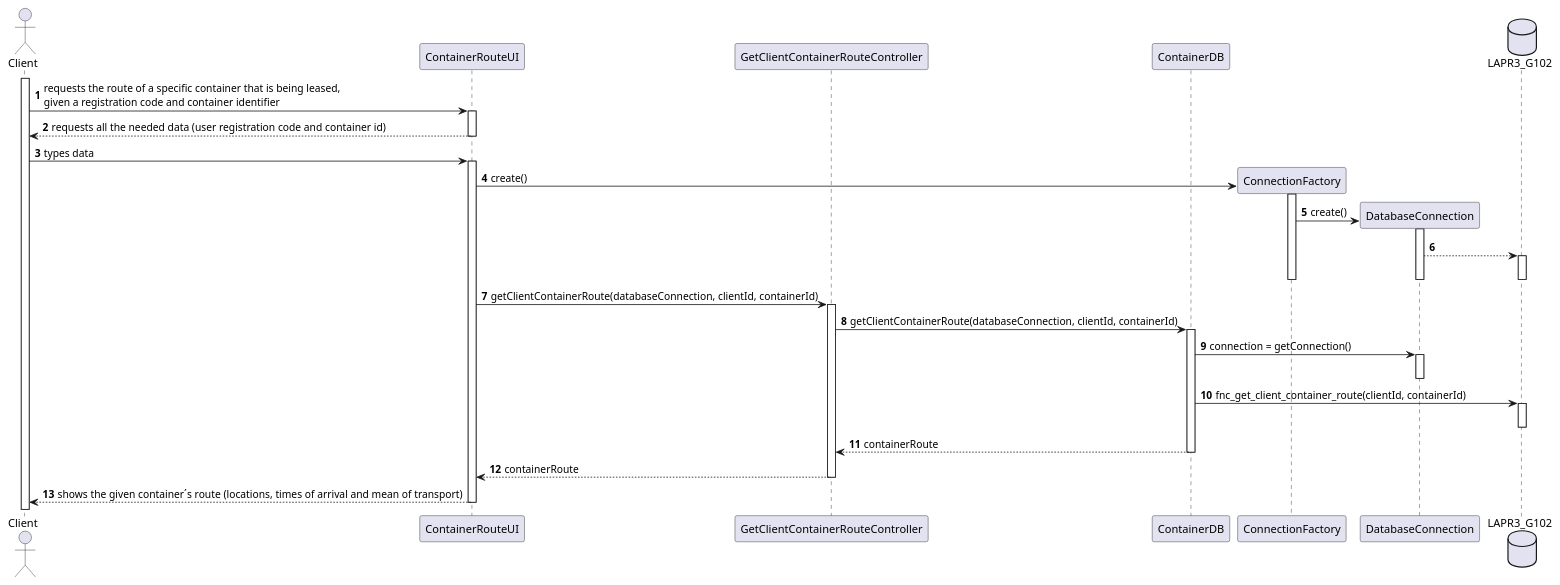
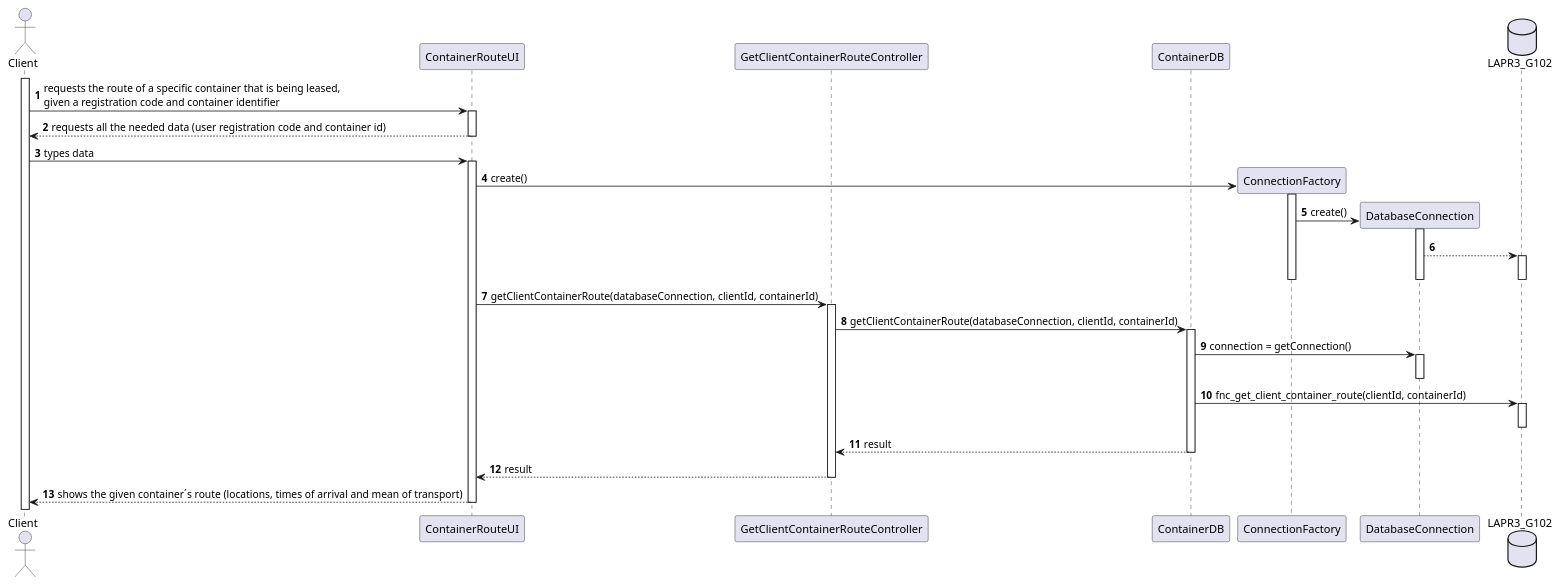
Before and after one commit to mpoboas/lapr3-2021-g102: the diagram in docs/Sprint3/US305/US305_SD.puml, drawn with PlantUML. The commit also changed 1 other file, not shown here.

```diff
--- a/docs/Sprint3/US305/US305_SD.puml
+++ b/docs/Sprint3/US305/US305_SD.puml
@@ -1,52 +1,52 @@
 @startuml
 autonumber
 'hide footbox
 
 actor "Client" as CL
 
 participant "ContainerRouteUI" as UI
 participant "GetClientContainerRouteController" as CTRL
 participant "ContainerDB" as CONTAINERDB
 participant ConnectionFactory as CF
 participant DatabaseConnection as DC
 database LAPR3_G102 as DB
 
 activate CL
 CL -> UI : requests the route of a specific container that is being leased,\ngiven a registration code and container identifier
 activate UI
 UI --> CL : requests all the needed data (user registration code and container id)
 deactivate UI
 
 CL -> UI : types data
 activate UI
 
 UI -> CF** : create()
 activate CF
 CF -> DC** : create()
 activate DC
 DC --> DB
 activate DB
 deactivate DB
 deactivate DC
 deactivate CF
 
 UI -> CTRL : getClientContainerRoute(databaseConnection, clientId, containerId)
 activate CTRL
 CTRL -> CONTAINERDB : getClientContainerRoute(databaseConnection, clientId, containerId)
 activate CONTAINERDB
 
 CONTAINERDB -> DC : connection = getConnection()
 activate DC
 deactivate DC
 
 CONTAINERDB -> DB : fnc_get_client_container_route(clientId, containerId)
 activate DB
 deactivate DB
-CONTAINERDB --> CTRL : containerRoute
+CONTAINERDB --> CTRL : result
 deactivate CONTAINERDB
 deactivate CONTAINERDB
-CTRL --> UI : containerRoute
+CTRL --> UI : result
 deactivate CTRL
 UI --> CL : shows the given container´s route (locations, times of arrival and mean of transport)
 deactivate UI
 @enduml
```
